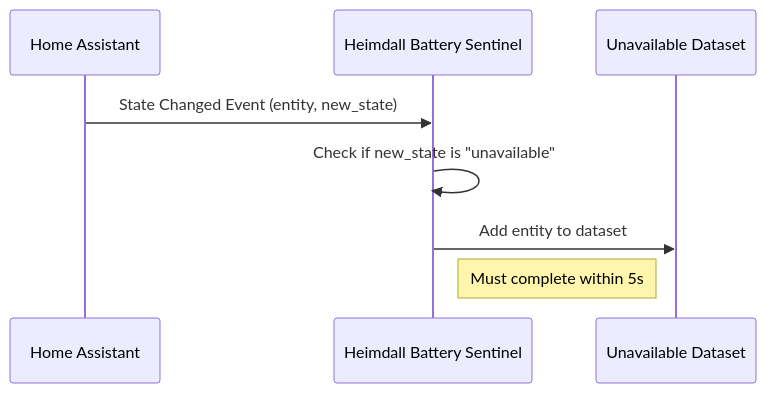
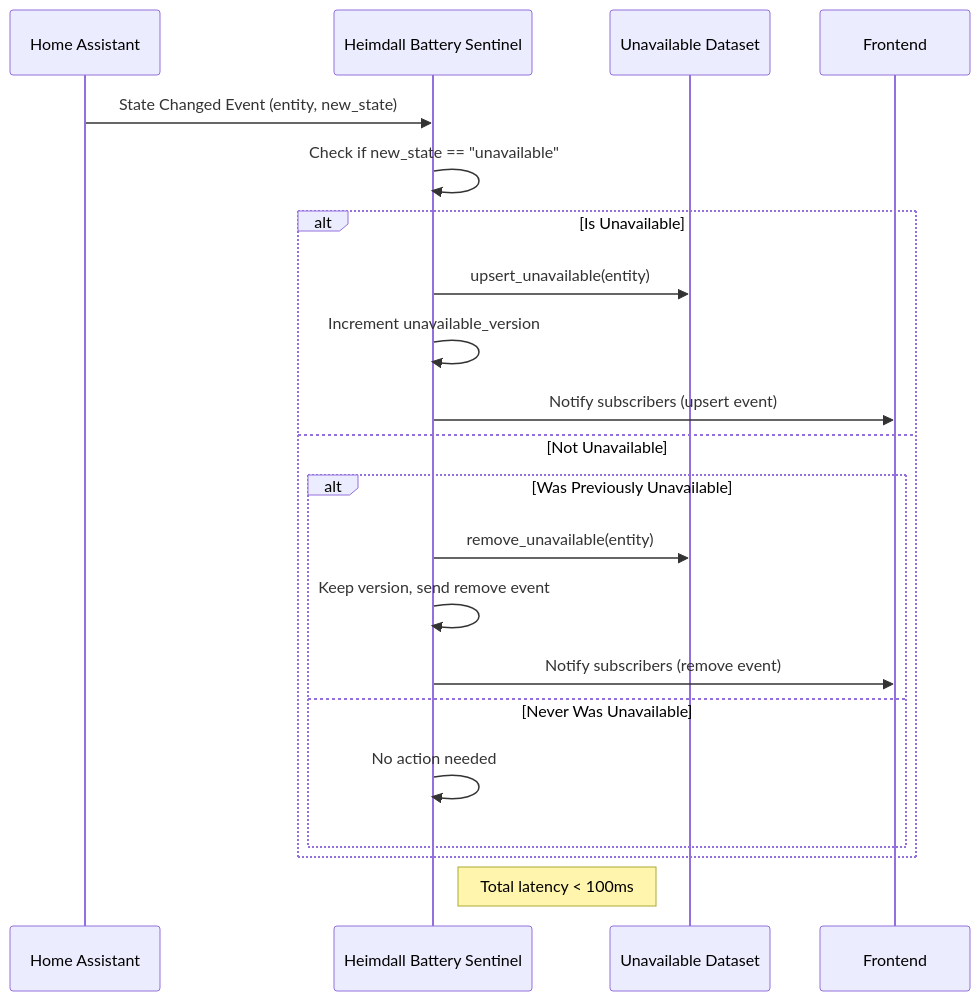
One commit to declanshanaghy/heimdall-battery-sentinel changed the diagram in _bmad-output/implementation-artifacts/3-1-unavailable-detection.md. Above: the diagram before and after it, drawn with Mermaid. The commit also changed other lines of this file and 1 other file, not shown here.

First line of the commit message:
feat(3.1): Unavailable Detection - story formalization and verification

````diff
--- a/_bmad-output/implementation-artifacts/3-1-unavailable-detection.md
+++ b/_bmad-output/implementation-artifacts/3-1-unavailable-detection.md
@@ -28,11 +97,23 @@
 ```mermaid
 sequenceDiagram
     participant HA as Home Assistant
     participant HBS as Heimdall Battery Sentinel
     participant Dataset as Unavailable Dataset
     
     HA->>HBS: State Changed Event (entity, new_state)
-    HBS->>HBS: Check if new_state is "unavailable"
-    HBS->>Dataset: Add entity to dataset
-    Note right of HBS: Must complete within 5s
+    HBS->>HBS: Check if new_state == "unavailable"
+    alt Is Unavailable
+        HBS->>Dataset: upsert_unavailable(entity)
+        HBS->>HBS: Increment unavailable_version
+        HBS->>Frontend: Notify subscribers (upsert event)
+    else Not Unavailable
+        alt Was Previously Unavailable
+            HBS->>Dataset: remove_unavailable(entity)
+            HBS->>HBS: Keep version, send remove event
+            HBS->>Frontend: Notify subscribers (remove event)
+        else Never Was Unavailable
+            HBS->>HBS: No action needed
+        end
+    end
+    Note right of HBS: Total latency < 100ms
 ```
````
